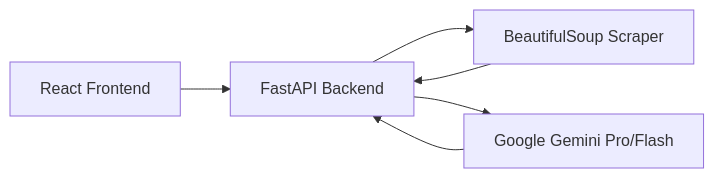
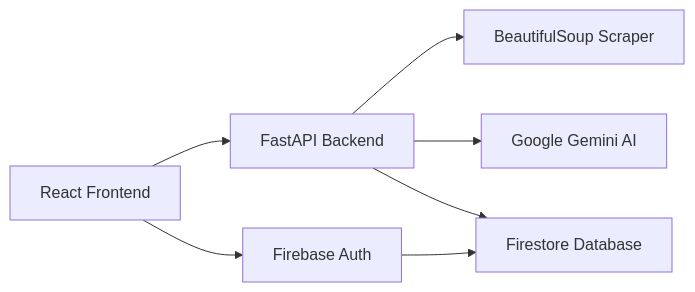
The diagram in README.md (enesyaksi/ad-sms-generator), drawn with Mermaid before and after one commit. The commit also changed other lines of this file and 5 other files, not shown here.

````diff
--- a/README.md
+++ b/README.md
@@ -91,8 +117,9 @@
 ```mermaid
 graph LR
     A[React Frontend] --> B[FastAPI Backend]
+    A --> F[Firebase Auth]
     B --> C[BeautifulSoup Scraper]
-    B --> D[Google Gemini Pro/Flash]
-    C --> B
-    D --> B
+    B --> D[Google Gemini AI]
+    B --> E[Firestore Database]
+    F --> E
 ```
````
